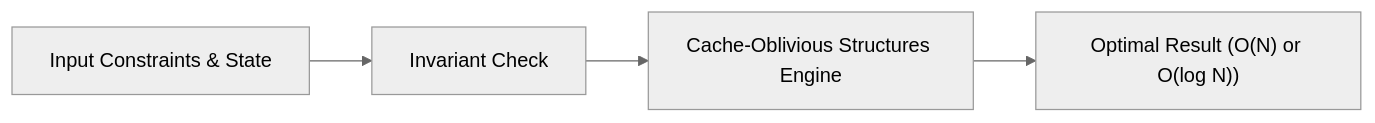
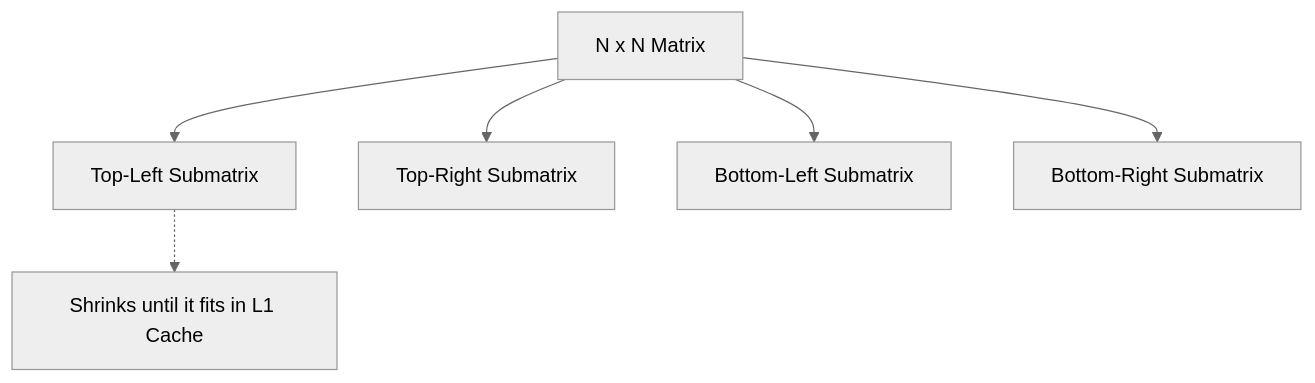
One commit to dip4k/DSA_102 changed the diagram in week_16_advanced_data_structures/Week_16_Day_04_Cache_Oblivious_Algorithms_Instructional.md. Above: the diagram before and after it, drawn with Mermaid (neutral theme). The commit also changed other lines of this file and 70 other files, not shown here.

````diff
--- a/week_16_advanced_data_structures/Week_16_Day_04_Cache_Oblivious_Algorithms_Instructional.md
+++ b/week_16_advanced_data_structures/Week_16_Day_04_Cache_Oblivious_Algorithms_Instructional.md
@@ -28,6 +30,8 @@
 ```mermaid
-flowchart LR
-    Input["Input Constraints & State"] --> Analysis["Invariant Check"]
-    Analysis --> Engine["Cache-Oblivious Structures Engine"]
-    Engine --> Output["Optimal Result (O(N) or O(log N))"]
+flowchart TD
+    Matrix["N x N Matrix"] --> Q1["Top-Left Submatrix"]
+    Matrix --> Q2["Top-Right Submatrix"]
+    Matrix --> Q3["Bottom-Left Submatrix"]
+    Matrix --> Q4["Bottom-Right Submatrix"]
+    Q1 -.-> Fits["Shrinks until it fits in L1 Cache"]
 ```
````
